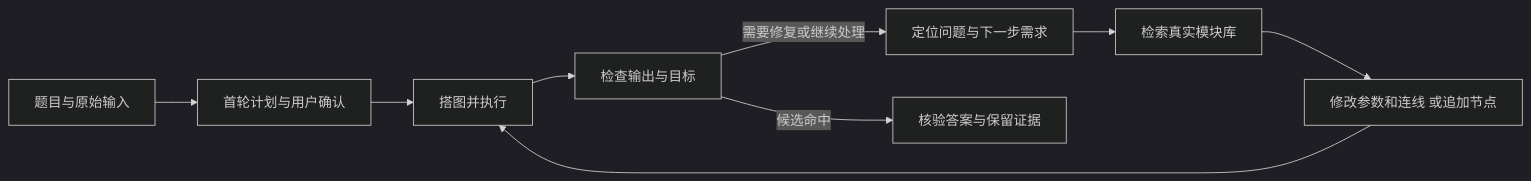
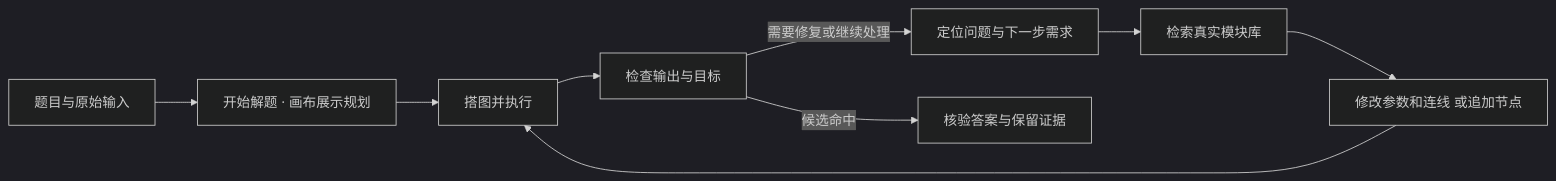
The diagram in README.md (LovelyTeams/LovelyMiscLab), drawn with Mermaid (dark theme) before and after one commit. The commit also changed other lines of this file and 30 other files, not shown here.

````diff
--- a/README.md
+++ b/README.md
@@ -97,11 +99,11 @@
 ```mermaid
 flowchart LR
-    A[题目与原始输入] --> B[首轮计划与用户确认]
+    A[题目与原始输入] --> B[开始解题 · 画布展示规划]
     B --> C[搭图并执行]
     C --> D[检查输出与目标]
     D -->|需要修复或继续处理| E[定位问题与下一步需求]
     E --> F[检索真实模块库]
     F --> G[修改参数和连线 或追加节点]
     G --> C
     D -->|候选命中| H[核验答案与保留证据]
 ```
````
